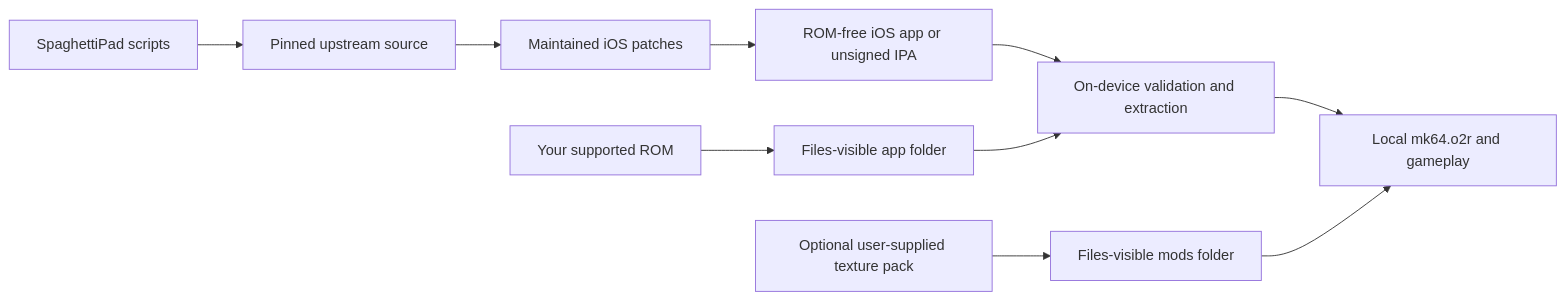
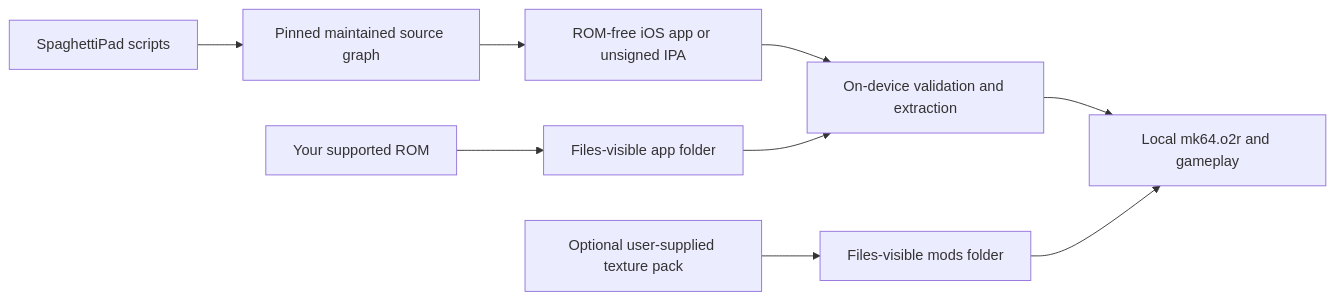
Before and after one commit to chrissotraidis/spaghettipad: the diagram in README.md, drawn with Mermaid. The commit also changed other lines of this file and 16 other files, not shown here.

Commit message:
Consume maintained SpaghettiPad source forks with verified pins

````diff
--- a/README.md
+++ b/README.md
@@ -338,12 +338,11 @@
 ```mermaid
 flowchart LR
-    A["SpaghettiPad scripts"] --> B["Pinned upstream source"]
-    B --> C["Maintained iOS patches"]
-    C --> D["ROM-free iOS app or unsigned IPA"]
+    A["SpaghettiPad scripts"] --> B["Pinned maintained source graph"]
+    B --> D["ROM-free iOS app or unsigned IPA"]
     E["Your supported ROM"] --> F["Files-visible app folder"]
     D --> G["On-device validation and extraction"]
     F --> G
     G --> H["Local mk64.o2r and gameplay"]
     I["Optional user-supplied texture pack"] --> J["Files-visible mods folder"]
     J --> H
 ```
````
